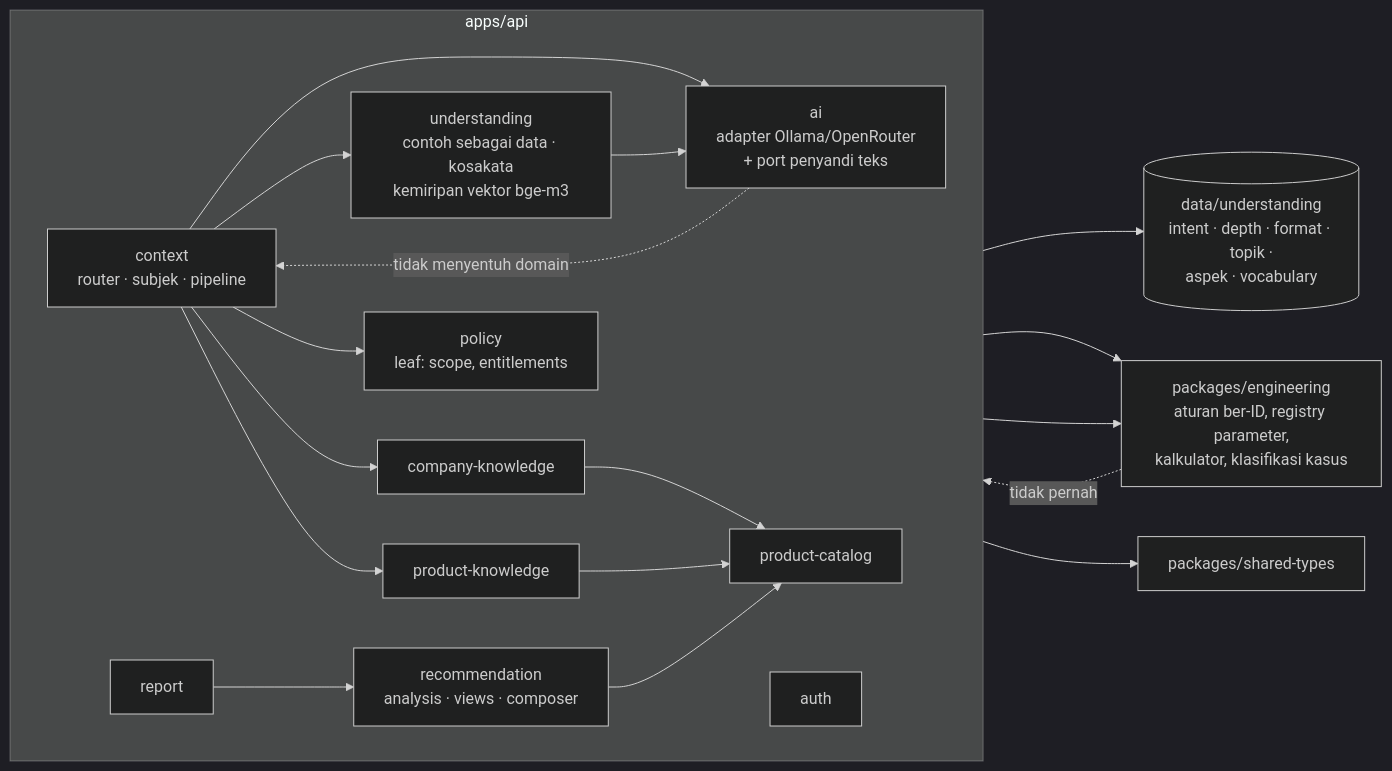
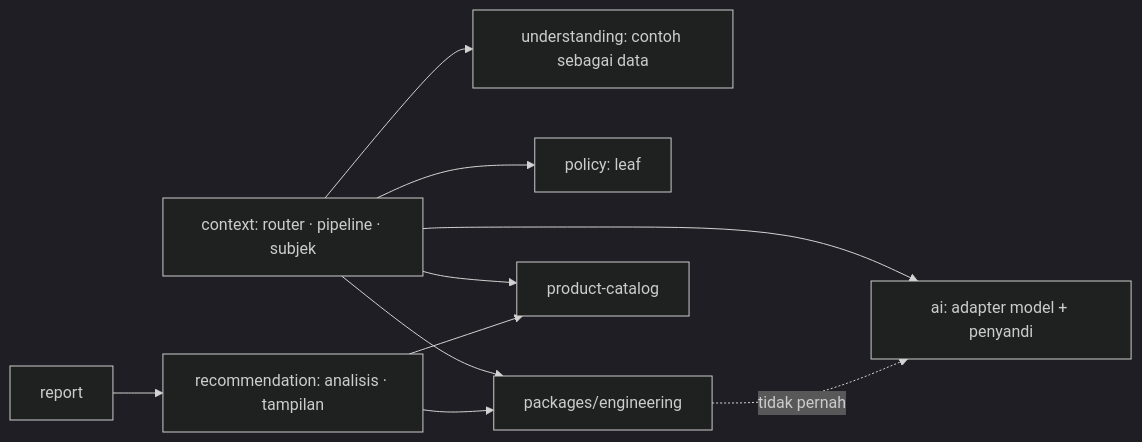
Before and after one commit to solusidigitalkita1001-sudo/snouty-draft: the fourth of 4 diagrams in docs/brainstorm/ARSITEKTUR_SKEMA.md, drawn with Mermaid (dark theme). The commit also changed other lines of this file and 4 other files, not shown here.

Commit message:
P16-55: brainstorming pack refreshed — context, architecture, calculation methods, decision topics as of 2026-10-12

````diff
--- a/docs/brainstorm/ARSITEKTUR_SKEMA.md
+++ b/docs/brainstorm/ARSITEKTUR_SKEMA.md
@@ -71,35 +70,12 @@
 ```mermaid
 flowchart LR
-  subgraph api[apps/api]
-    direction LR
-    CTX[context<br/>router · subjek · pipeline]
-    CO[company-knowledge]
-    PK[product-knowledge]
-    PC[product-catalog]
-    REC[recommendation<br/>analysis · views · composer]
-    REP[report]
-    AI[ai<br/>adapter Ollama/OpenRouter<br/>+ port penyandi teks]
-    UND[understanding<br/>contoh sebagai data · kosakata<br/>kemiripan vektor bge-m3]
-    POL[policy<br/>leaf: scope, entitlements]
-    AU[auth]
-  end
-  ENG[packages/engineering<br/>aturan ber-ID, registry parameter,<br/>kalkulator, klasifikasi kasus]
-  ST[packages/shared-types]
-  DATA[(data/understanding<br/>intent · depth · format · topik ·<br/>aspek · vocabulary)]
-  CTX --> AI
-  CTX --> UND
-  UND --> AI
-  UND --> DATA
-  CTX --> CO
-  CTX --> PK
-  CTX --> POL
-  CTX --> ENG
-  CO --> PC
-  PK --> PC
-  REC --> ENG
+  CTX[context: router · pipeline · subjek] --> UND[understanding: contoh sebagai data]
+  CTX --> AI[ai: adapter model + penyandi]
+  CTX --> POL[policy: leaf]
+  CTX --> ENG[packages/engineering]
+  CTX --> PC[product-catalog]
+  REC[recommendation: analisis · tampilan] --> ENG
   REC --> PC
-  REP --> REC
-  api --> ST
+  REP[report] --> REC
   ENG -. tidak pernah .-> AI
-  AI -. tidak menyentuh domain .-> CTX
 ```
````
